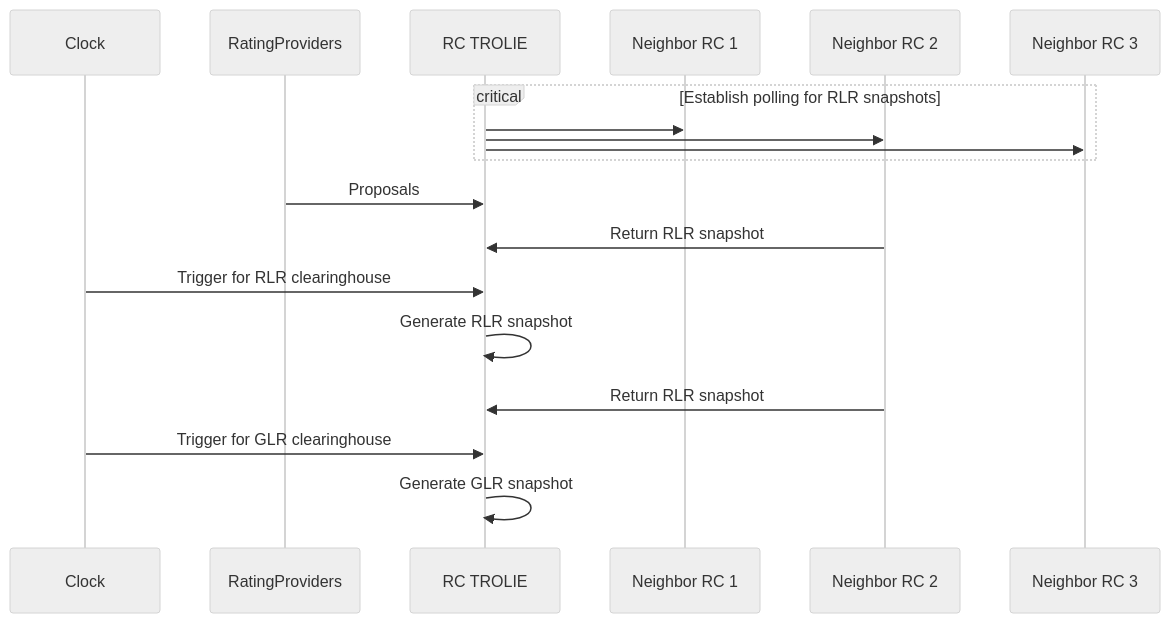
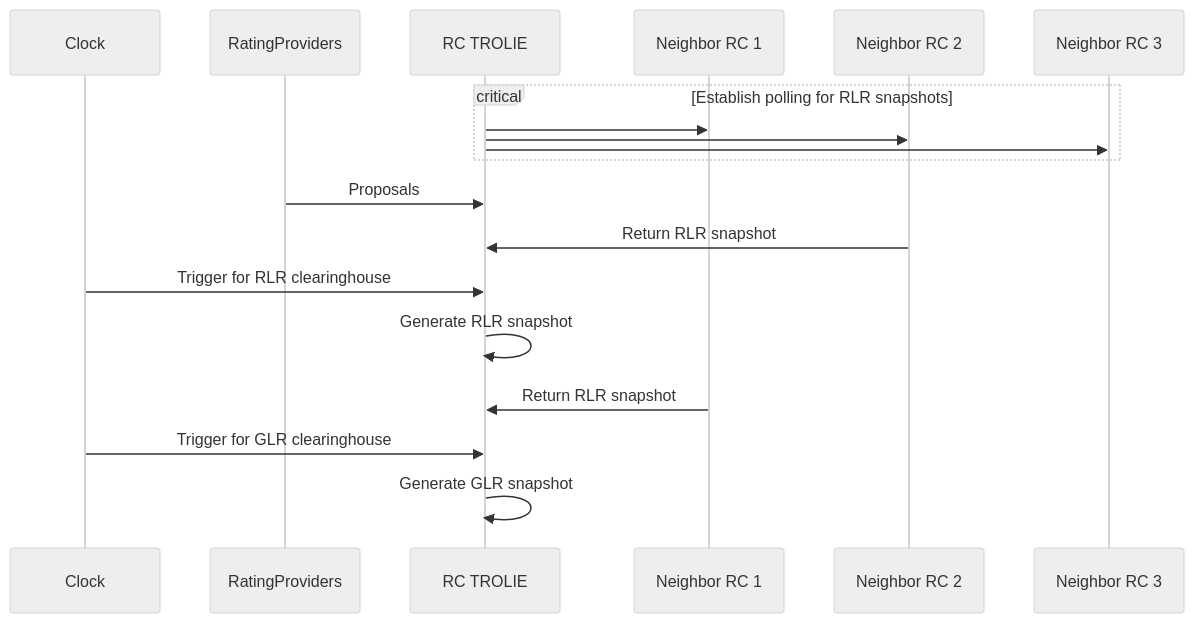
One commit to trolie/spec changed the first of 2 diagrams in docs/articles/RC-to-RC-reconciliation.md. Above: the diagram before and after it, drawn with Mermaid (neutral theme). The commit also changed other lines of this file, not shown here.

Commit message:
BUGFIX: Corrected forecast sequence diagram (#196)

````diff
--- a/docs/articles/RC-to-RC-reconciliation.md
+++ b/docs/articles/RC-to-RC-reconciliation.md
@@ -48,29 +48,29 @@
 ```mermaid
 sequenceDiagram
   participant Clock
   participant RatingProviders
   participant RC TROLIE
   participant Neighbor RC 1
   participant Neighbor RC 2
   participant Neighbor RC 3
   
   critical Establish polling for RLR snapshots
       RC TROLIE->>Neighbor RC 1: 
       RC TROLIE->>Neighbor RC 2: 
       RC TROLIE->>Neighbor RC 3:       
   end
 
   RatingProviders->>RC TROLIE: Proposals
 
   Neighbor RC 2->>RC TROLIE: Return RLR snapshot
 
   Clock->>RC TROLIE: Trigger for RLR clearinghouse
   RC TROLIE->>RC TROLIE: Generate RLR snapshot
 
-  Neighbor RC 2->>RC TROLIE: Return RLR snapshot
+  Neighbor RC 1->>RC TROLIE: Return RLR snapshot
 
   Clock->>RC TROLIE: Trigger for GLR clearinghouse
   RC TROLIE->>RC TROLIE: Generate GLR snapshot
    
 
 ```
````
